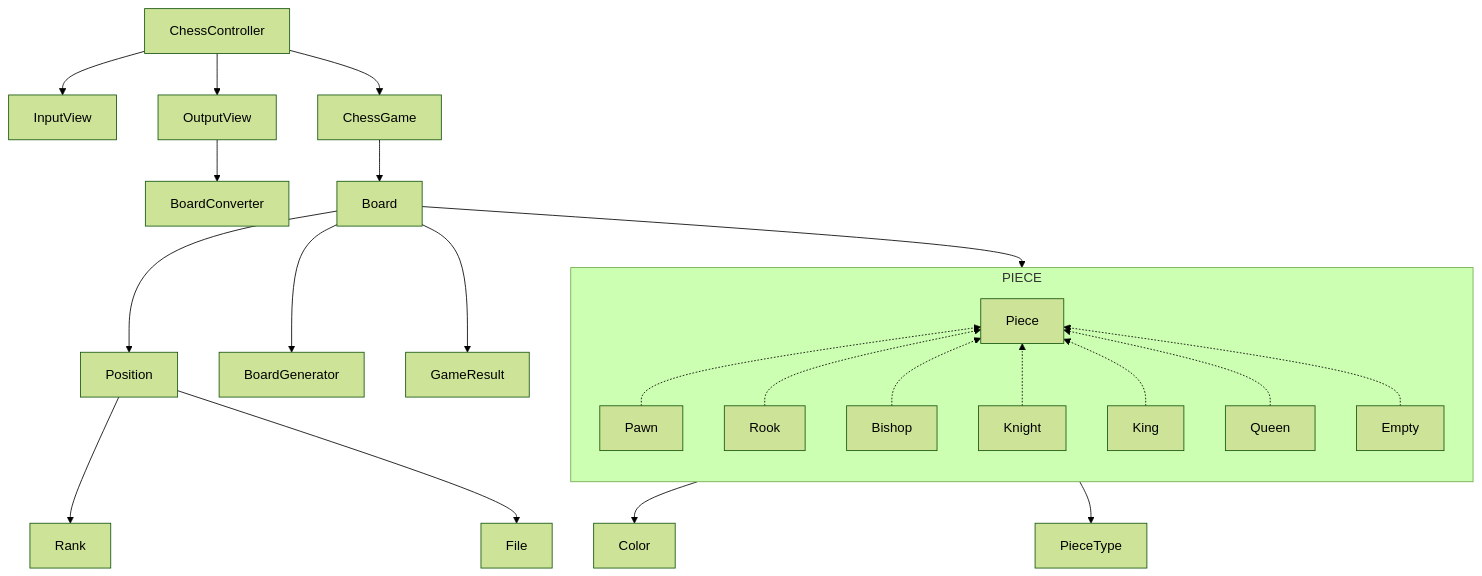
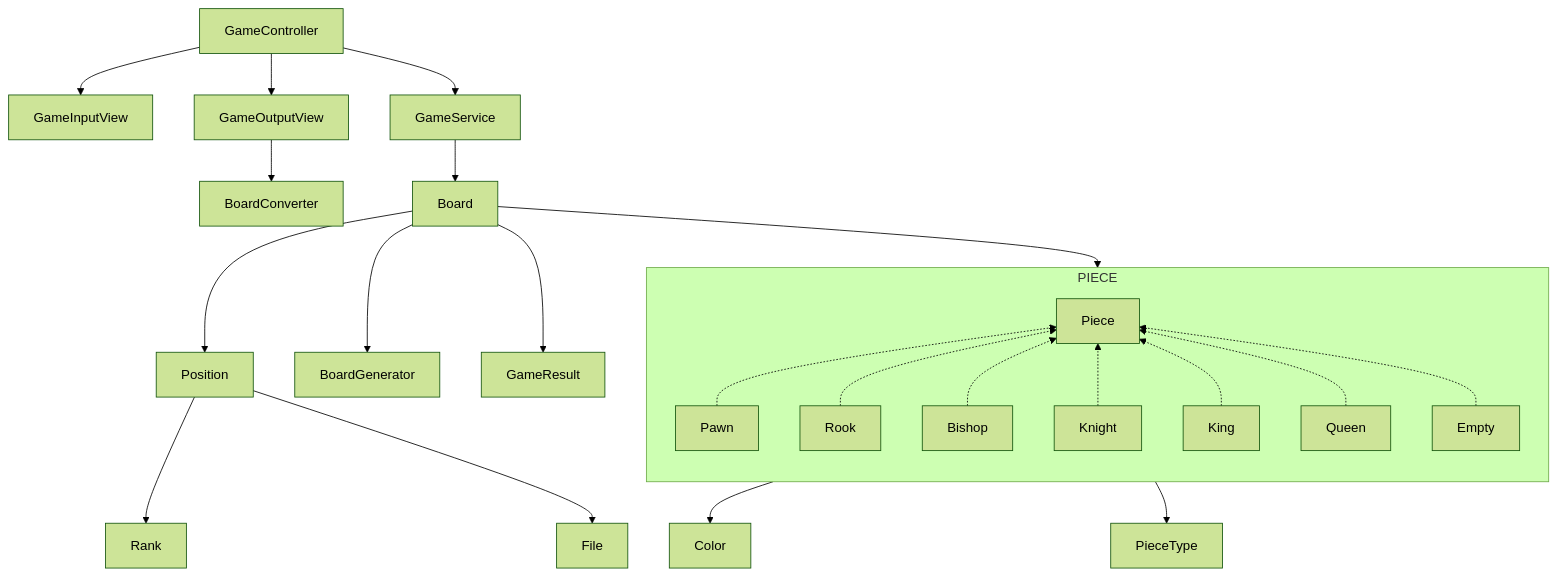
One commit to woowacourse/java-chess changed the second of 2 diagrams in README.md. Above: the diagram before and after it, drawn with Mermaid (forest theme). The commit also changed other lines of this file, not shown here.

Commit message:
docs: 다이어그램 추가

````diff
--- a/README.md
+++ b/README.md
@@ -139,28 +148,28 @@
 ```mermaid
 graph TD
-    ChessController --> InputView
-    ChessController --> OutputView --> BoardConverter
+    GameController --> GameInputView
+    GameController --> GameOutputView --> BoardConverter
 
-    ChessController --> ChessGame
-    ChessGame --> Board
+    GameController --> GameService
+    GameService --> Board
     Board --> BoardGenerator
     Board --> GameResult
     Position --> Rank
     Position --> File
 
     Board --> Position
     Board --> PIECE
     PIECE --> Color
     PIECE --> PieceType
 
     subgraph PIECE
         direction BT
         Pawn -.-> Piece
         Rook -.-> Piece
         Bishop -.-> Piece
         Knight -.-> Piece
         King -.-> Piece
         Queen -.-> Piece
         Empty -.-> Piece
     end
 ```
````
